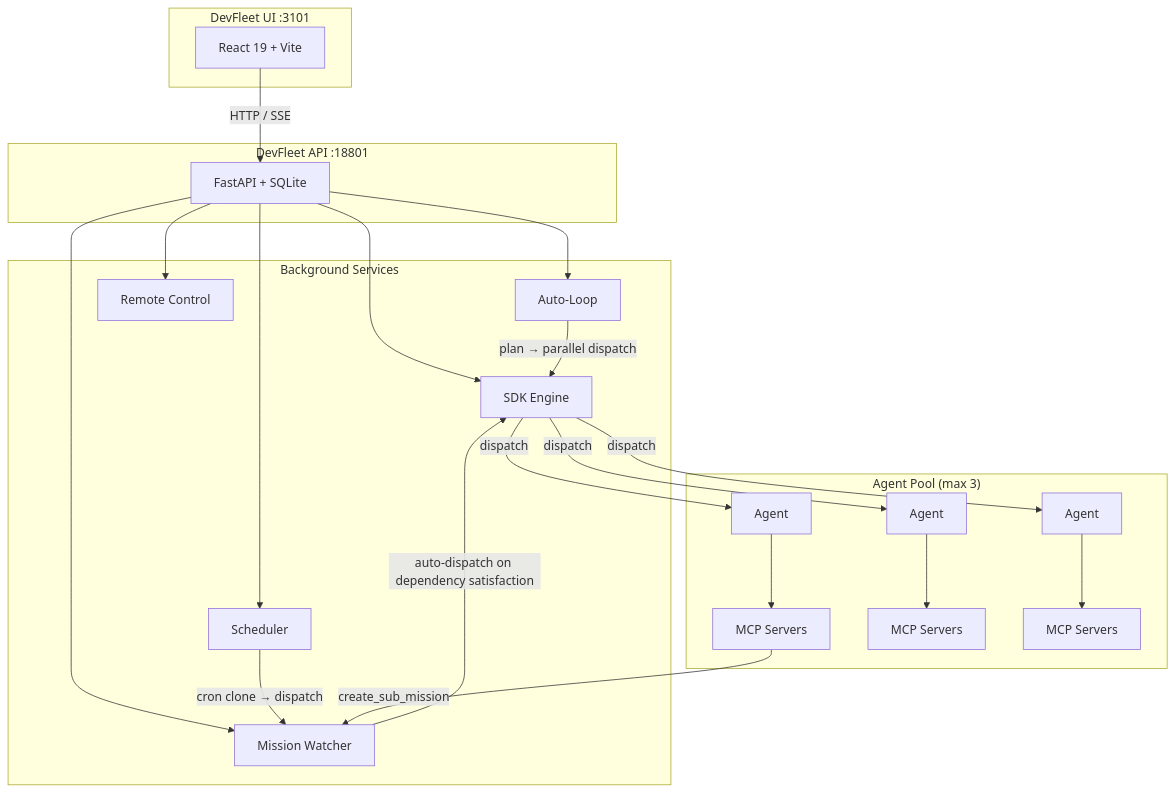
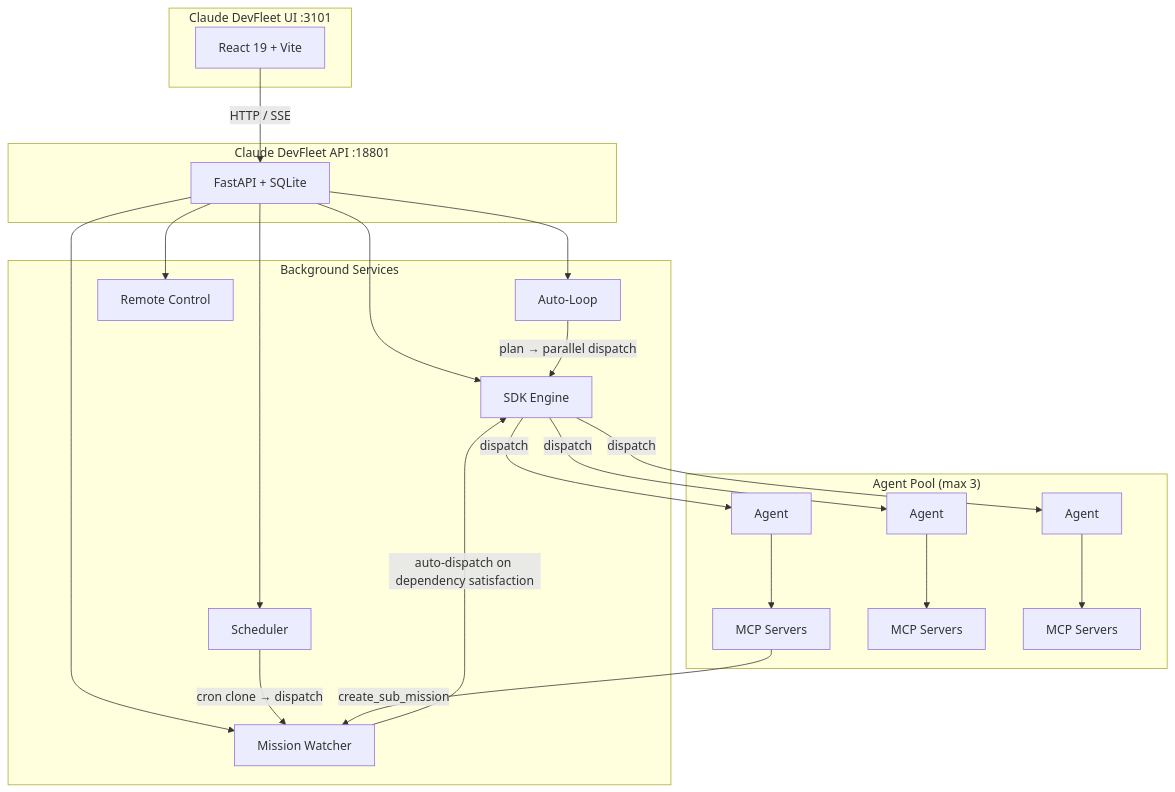
One commit to LEC-AI/DevFleet changed the diagram in README.md. Above: the diagram before and after it, drawn with Mermaid. The commit also changed other lines of this file and 12 other files, not shown here.

First line of the commit message:
Rename project to Claude DevFleet

````diff
--- a/README.md
+++ b/README.md
@@ -18,36 +18,36 @@
 ```mermaid
 graph TD
-    subgraph UI["DevFleet UI :3101"]
+    subgraph UI["Claude DevFleet UI :3101"]
         Web["React 19 + Vite"]
     end
 
-    subgraph API["DevFleet API :18801"]
+    subgraph API["Claude DevFleet API :18801"]
         FastAPI["FastAPI + SQLite"]
     end
 
     subgraph Services["Background Services"]
         SDK["SDK Engine"]
         Watcher["Mission Watcher"]
         Sched["Scheduler"]
         AutoLoop["Auto-Loop"]
         Remote["Remote Control"]
     end
 
     subgraph Agents["Agent Pool (max 3)"]
         A1["Agent"] --> MCP1["MCP Servers"]
         A2["Agent"] --> MCP2["MCP Servers"]
         A3["Agent"] --> MCP3["MCP Servers"]
     end
 
     Web -->|"HTTP / SSE"| FastAPI
     FastAPI --> SDK
     FastAPI --> Watcher
     FastAPI --> Sched
     FastAPI --> AutoLoop
     FastAPI --> Remote
     SDK -->|"dispatch"| A1 & A2 & A3
     Watcher -->|"auto-dispatch on dependency satisfaction"| SDK
     Sched -->|"cron clone → dispatch"| Watcher
     AutoLoop -->|"plan → parallel dispatch"| SDK
     MCP1 -->|"create_sub_mission"| Watcher
 ```
````
